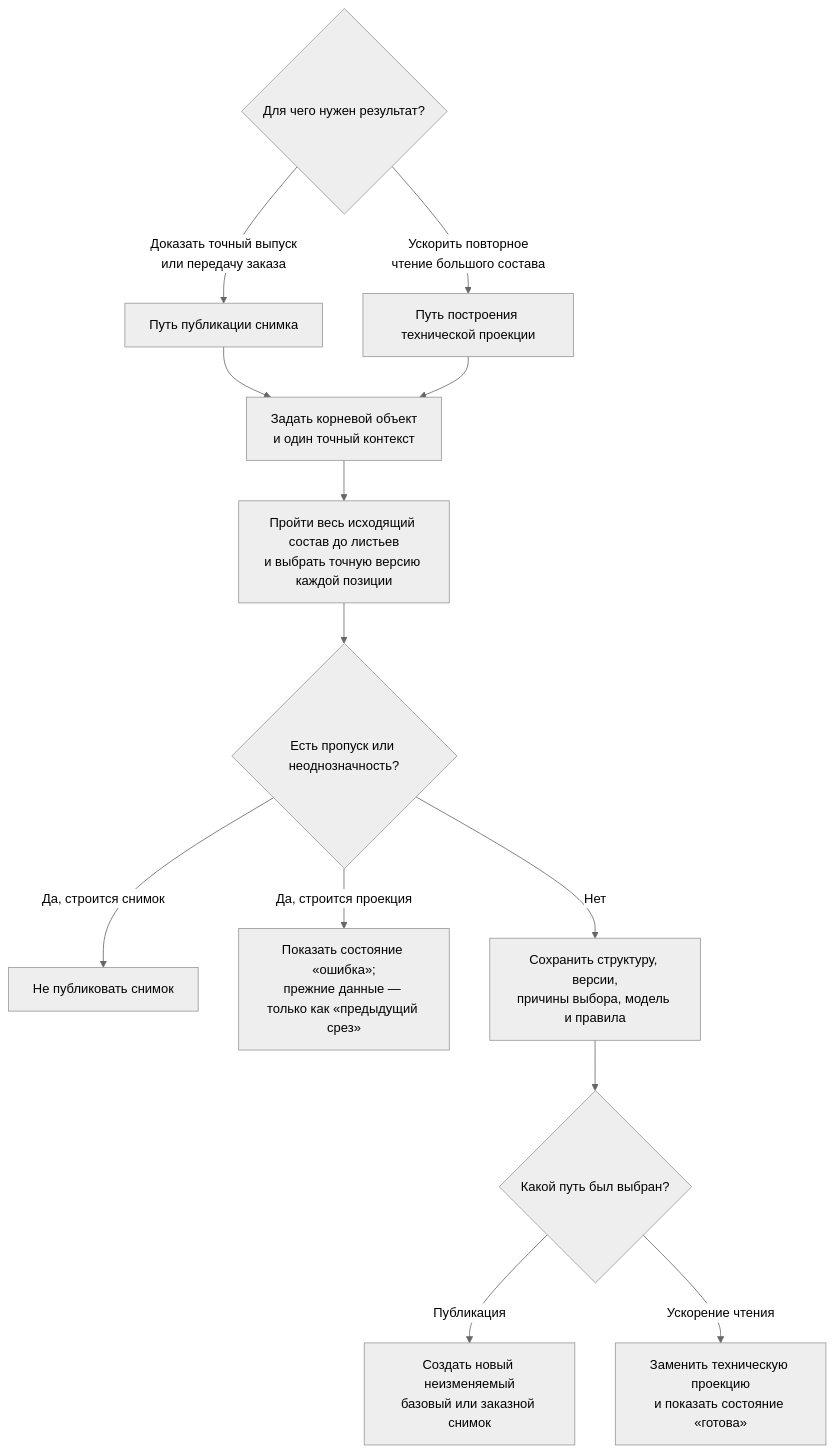
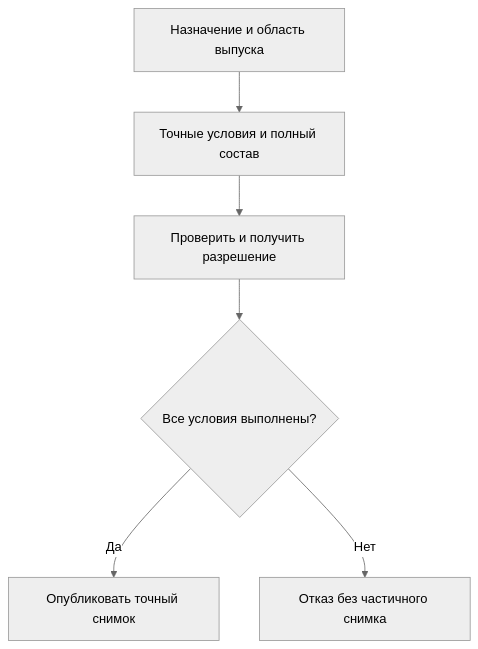
One commit to ZelAnton/Interlink-product-book changed the second of 2 diagrams in wiki/Change-package-snapshots.md. Above: the diagram before and after it, drawn with Mermaid (neutral theme). The commit also changed other lines of this file and 231 other files, not shown here.

````diff
--- a/wiki/Change-package-snapshots.md
+++ b/wiki/Change-package-snapshots.md
@@ -64,16 +66,8 @@
 ```mermaid
 flowchart TD
-    A{"Для чего нужен результат?"}
-    A -->|"Доказать точный выпуск<br/>или передачу заказа"| B["Путь публикации снимка"]
-    A -->|"Ускорить повторное<br/>чтение большого состава"| P["Путь построения технической проекции"]
-    B --> C["Задать корневой объект<br/>и один точный контекст"]
-    P --> C
-    C --> D["Пройти весь исходящий состав до листьев<br/>и выбрать точную версию каждой позиции"]
-    D --> E{"Есть пропуск или неоднозначность?"}
-    E -->|"Да, строится снимок"| F["Не публиковать снимок"]
-    E -->|"Да, строится проекция"| PE["Показать состояние «ошибка»;<br/>прежние данные — только как «предыдущий срез»"]
-    E -->|"Нет"| G["Сохранить структуру, версии,<br/>причины выбора, модель и правила"]
-    G --> H{"Какой путь был выбран?"}
-    H -->|"Публикация"| I["Создать новый неизменяемый<br/>базовый или заказной снимок"]
-    H -->|"Ускорение чтения"| PR["Заменить техническую проекцию<br/>и показать состояние «готова»"]
+    A["Назначение и область выпуска"] --> B["Точные условия и полный состав"]
+    B --> C["Проверить и получить разрешение"]
+    C --> D{"Все условия выполнены?"}
+    D -->|"Да"| E["Опубликовать точный снимок"]
+    D -->|"Нет"| F["Отказ без частичного снимка"]
 ```
````
